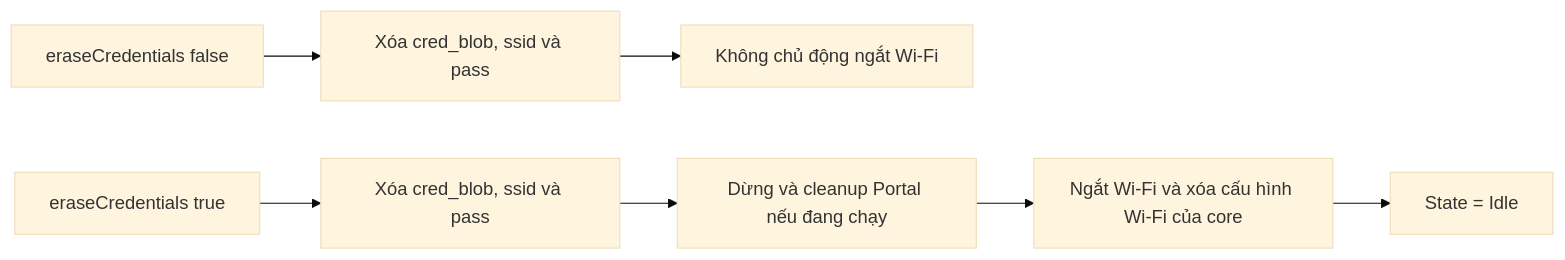
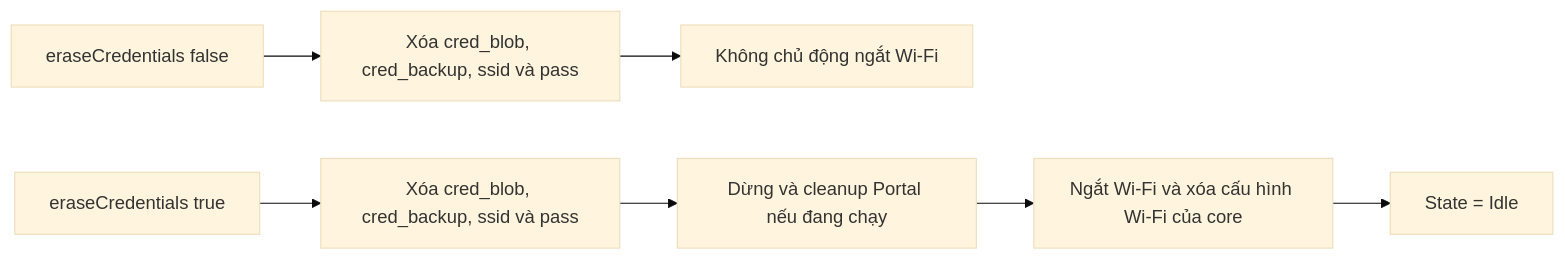
One commit to NguyenHien-8/ESP32WiFiPortal changed the eighth of 11 diagrams in docs/FlowChart_VI.md. Above: the diagram before and after it, drawn with Mermaid (base theme). The commit also changed other lines of this file and 23 other files, not shown here.

````diff
--- a/docs/FlowChart_VI.md
+++ b/docs/FlowChart_VI.md
@@ -229,9 +231,9 @@
 ```mermaid
 flowchart LR
-    A[eraseCredentials false] --> B[Xóa cred_blob, ssid và pass]
+    A[eraseCredentials false] --> B[Xóa cred_blob, cred_backup, ssid và pass]
     B --> C[Không chủ động ngắt Wi-Fi]
-    D[eraseCredentials true] --> F[Xóa cred_blob, ssid và pass]
+    D[eraseCredentials true] --> F[Xóa cred_blob, cred_backup, ssid và pass]
     F --> E[Dừng và cleanup Portal nếu đang chạy]
     E --> G[Ngắt Wi-Fi và xóa cấu hình Wi-Fi của core]
     G --> H[State = Idle]
 ```
````
